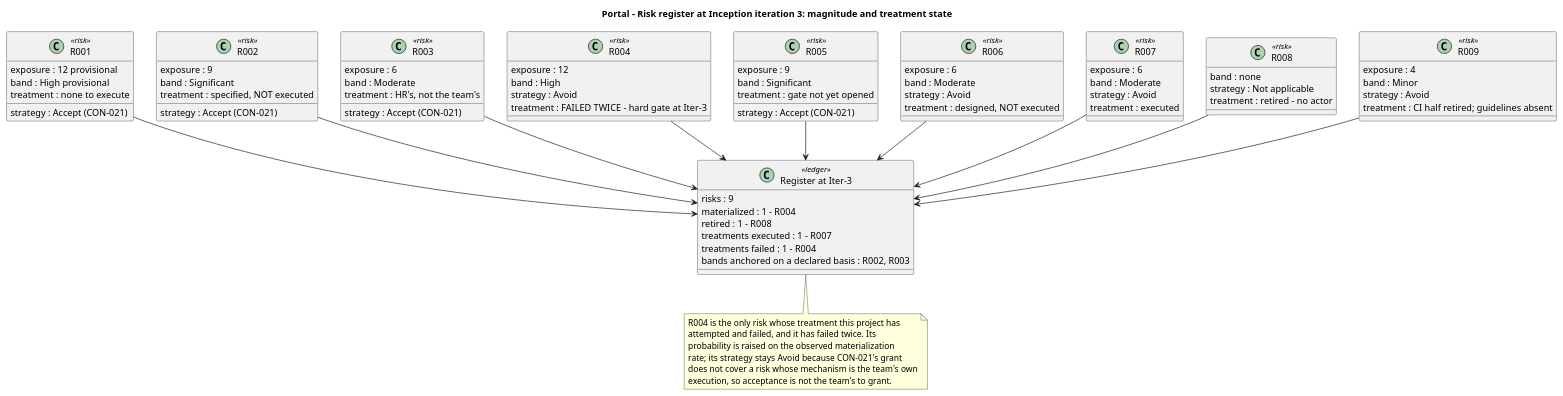
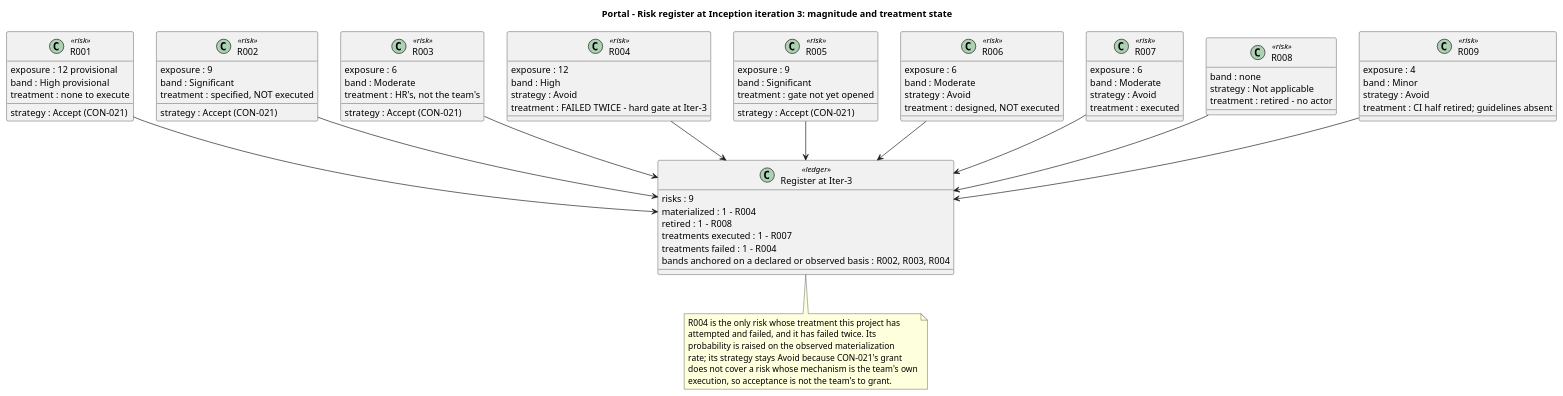
One commit to banense-test/portal changed the second of 4 diagrams in docs/artifacts/project-management/risk-list.md. Above: the diagram before and after it, drawn with PlantUML. The commit also changed other lines of this file, not shown here.

```diff
--- a/docs/artifacts/project-management/risk-list.md
+++ b/docs/artifacts/project-management/risk-list.md
@@ -200,7 +202,7 @@
   retired : 1 - R008
   treatments executed : 1 - R007
   treatments failed : 1 - R004
-  bands anchored on a declared basis : R002, R003
+  bands anchored on a declared or observed basis : R002, R003, R004
 }
 R1 --> REG
 R2 --> REG
```
